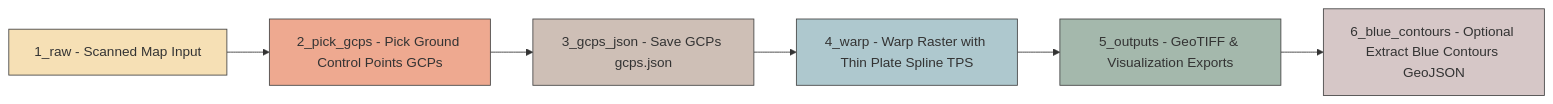
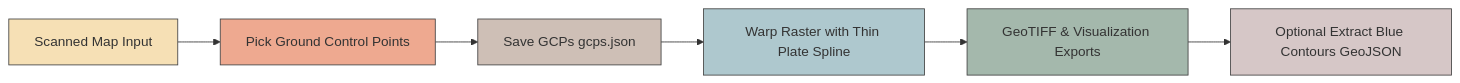
The diagram in README.md (yryrena/HistoMapGeoref), drawn with Mermaid before and after one commit.

````diff
--- a/README.md
+++ b/README.md
@@ -5,15 +5,15 @@
 ```mermaid
 flowchart LR
-    A[1_raw - Scanned Map Input] --> B[2_pick_gcps - Pick Ground Control Points GCPs]
-    B --> C[3_gcps_json - Save GCPs gcps.json]
-    C --> D[4_warp - Warp Raster with Thin Plate Spline TPS]
-    D --> E[5_outputs - GeoTIFF & Visualization Exports]
-    E --> F[6_blue_contours - Optional Extract Blue Contours GeoJSON]
+    A[Scanned Map Input] --> B[Pick Ground Control Points]
+    B --> C[Save GCPs gcps.json]
+    C --> D[Warp Raster with Thin Plate Spline]
+    D --> E[GeoTIFF & Visualization Exports]
+    E --> F[Optional Extract Blue Contours GeoJSON]
 
     style A fill:#f6e0b5,stroke:#444,stroke-width:1px
     style B fill:#eea990,stroke:#444,stroke-width:1px
     style C fill:#cebfb6,stroke:#444,stroke-width:1px
     style D fill:#aec8ce,stroke:#444,stroke-width:1px
     style E fill:#a4b8ac,stroke:#444,stroke-width:1px
     style F fill:#d6c7c7,stroke:#444,stroke-width:1px
 ```
````
